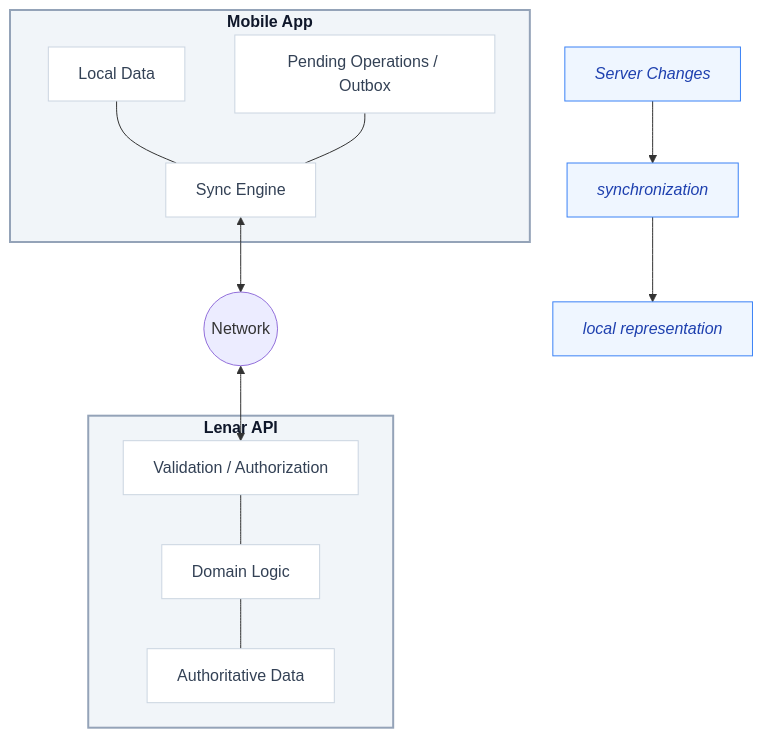
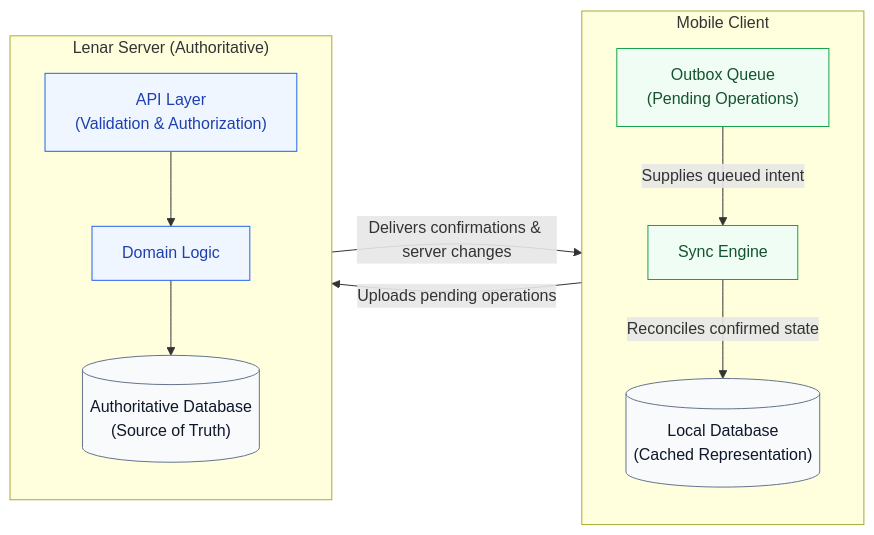
Before and after one commit to davidalbertstark-lab/Lenar: the first of 6 diagrams in docs/architecture/08-Offline-Sync-Resilience.md, drawn with Mermaid. The commit also changed other lines of this file and 28 other files, not shown here.

Commit message:
docs: system-wide diagram redesign for first-instance comprehension

````diff
--- a/docs/architecture/08-Offline-Sync-Resilience.md
+++ b/docs/architecture/08-Offline-Sync-Resilience.md
@@ -53,38 +55,29 @@
 ```mermaid
-flowchart TD
-    classDef boundary fill:#f1f5f9,stroke:#94a3b8,stroke-width:2px,color:#0f172a,font-weight:bold
-    classDef component fill:#fff,stroke:#cbd5e1,stroke-width:1px,color:#334155
-    classDef flow fill:#eff6ff,stroke:#3b82f6,stroke-width:1px,color:#1e40af,font-style:italic
+flowchart LR
+    classDef client fill:#f0fdf4,stroke:#16a34a,stroke-width:1px,color:#14532d
+    classDef server fill:#eff6ff,stroke:#2563eb,stroke-width:1px,color:#1e40af
+    classDef db fill:#f8fafc,stroke:#64748b,stroke-width:1px,color:#0f172a
 
-    subgraph Mobile[Mobile App]
-        LD[Local Data]
-        PO[Pending Operations / Outbox]
-        SE[Sync Engine]
-        LD --- SE
-        PO --- SE
+    subgraph Client ["Mobile Client"]
+        direction TB
+        Outbox["Outbox Queue<br/>(Pending Operations)"]:::client
+        SyncEngine["Sync Engine"]:::client
+        LocalDB[("Local Database<br/>(Cached Representation)")]:::db
+
+        Outbox -->|Supplies queued intent| SyncEngine
+        SyncEngine -->|Reconciles confirmed state| LocalDB
     end
 
-    NW((Network))
+    subgraph Server ["Lenar Server (Authoritative)"]
+        direction TB
+        API["API Layer<br/>(Validation & Authorization)"]:::server
+        Domain["Domain Logic"]:::server
+        AuthDB[("Authoritative Database<br/>(Source of Truth)")]:::db
 
-    subgraph Server[Lenar API]
-        VA[Validation / Authorization]
-        DL[Domain Logic]
-        AD[Authoritative Data]
-        VA --- DL
-        DL --- AD
+        API --> Domain
+        Domain --> AuthDB
     end
 
-    SE <--> NW
-    NW <--> VA
-
-    SC[Server Changes]
-    SyncFlow[synchronization]
-    LR[local representation]
-
-    SC --> SyncFlow
-    SyncFlow --> LR
-
-    class Mobile,Server boundary;
-    class LD,PO,SE,VA,DL,AD component;
-    class SC,SyncFlow,LR flow;
+    SyncEngine -->|Uploads pending operations| API
+    API -->|Delivers confirmations & server changes| SyncEngine
 ```
````
